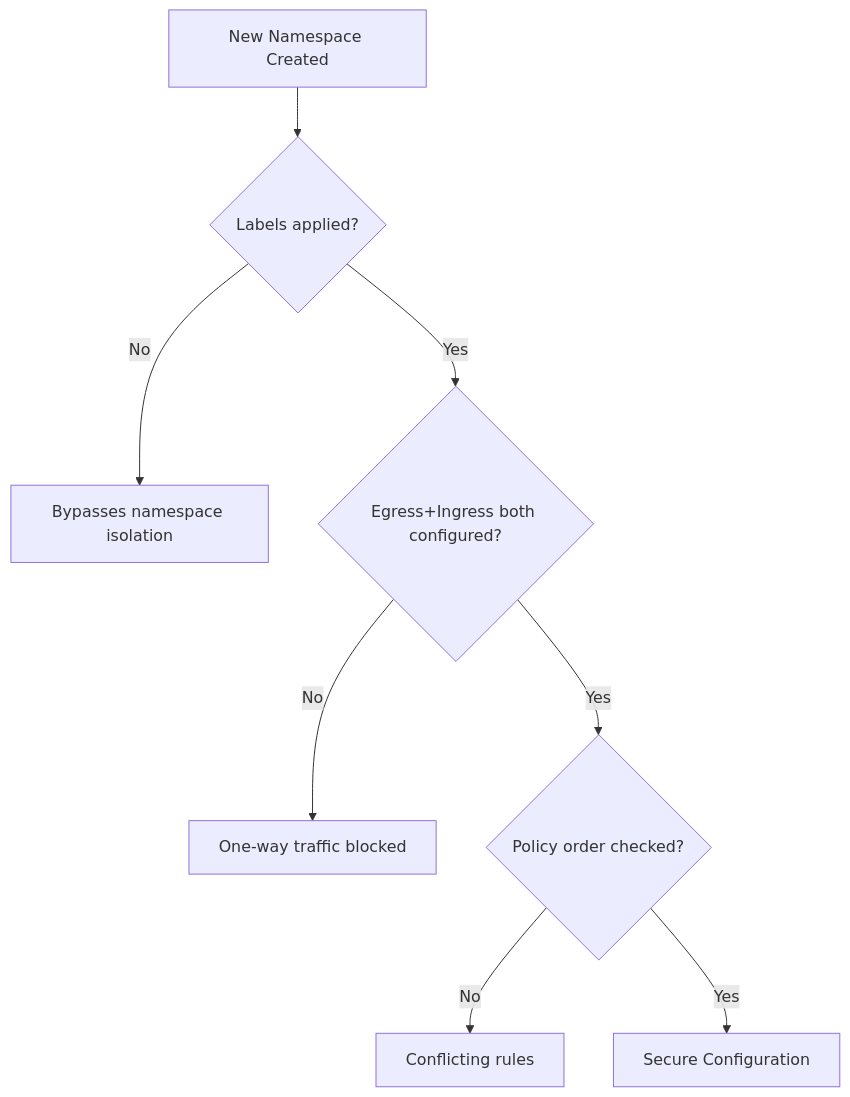
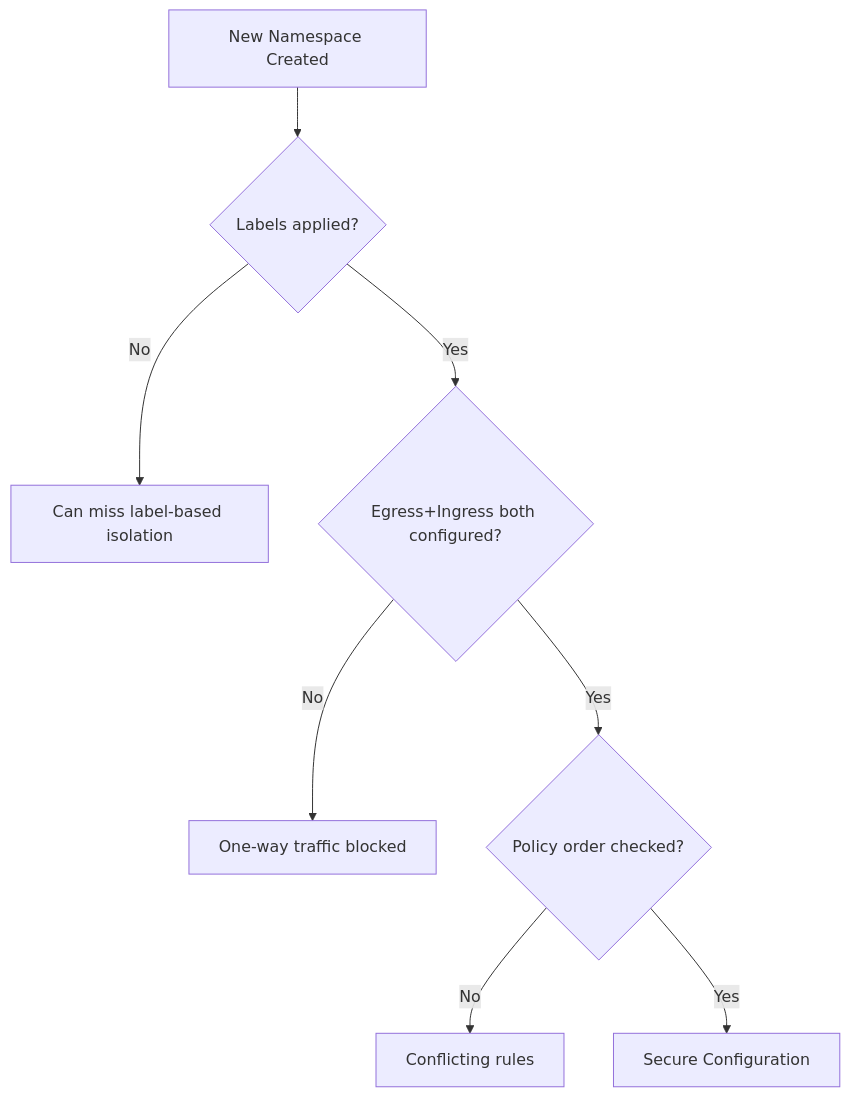
The diagram in posts/2026-03-13-avoid-mistakes-namespace-based-policies-calico/README.md (OneUptime/blog), drawn with Mermaid before and after one commit. The commit also changed other lines of this file and 2 other files, not shown here.

Commit message:
validate: 2026-03-13-avoid-mistakes-namespace-based-policies-calico

````diff
--- a/posts/2026-03-13-avoid-mistakes-namespace-based-policies-calico/README.md
+++ b/posts/2026-03-13-avoid-mistakes-namespace-based-policies-calico/README.md
@@ -93,10 +94,10 @@
 ```mermaid
 flowchart TD
     A[New Namespace Created] --> B{Labels applied?}
-    B -->|No| C[Bypasses namespace isolation]
+    B -->|No| C[Can miss label-based isolation]
     B -->|Yes| D{Egress+Ingress both configured?}
     D -->|No| E[One-way traffic blocked]
     D -->|Yes| F{Policy order checked?}
     F -->|No| G[Conflicting rules]
     F -->|Yes| H[Secure Configuration]
 ```
````
